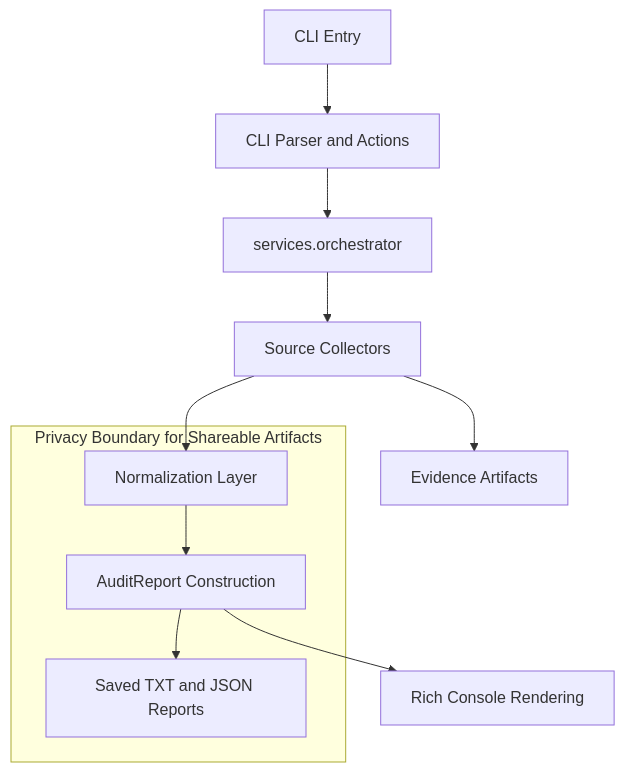
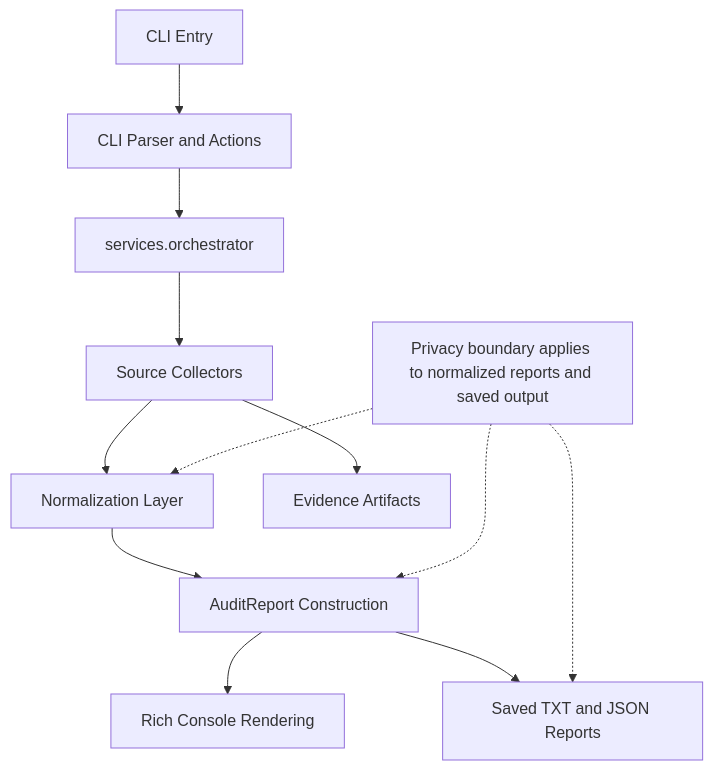
Before and after one commit to OdinFenrir/gaming-audit-cli: the diagram in docs/ARCHITECTURE.md, drawn with Mermaid. The commit also changed other lines of this file, not shown here.

Commit message:
Simplify architecture Mermaid diagram for GitHub rendering

````diff
--- a/docs/ARCHITECTURE.md
+++ b/docs/ARCHITECTURE.md
@@ -154,17 +154,16 @@
 ```mermaid
 flowchart TD
     CLI["CLI Entry"] --> Parser["CLI Parser and Actions"]
     Parser --> Orchestrator["services.orchestrator"]
     Orchestrator --> Sources["Source Collectors"]
     Sources --> Normalization["Normalization Layer"]
     Normalization --> Report["AuditReport Construction"]
     Report --> Console["Rich Console Rendering"]
     Report --> Saved["Saved TXT and JSON Reports"]
     Sources --> Evidence["Evidence Artifacts"]
 
-    subgraph Privacy["Privacy Boundary for Shareable Artifacts"]
-        Normalization
-        Report
-        Saved
-    end
+    PrivacyNote["Privacy boundary applies to normalized reports and saved output"]
+    PrivacyNote -.-> Normalization
+    PrivacyNote -.-> Report
+    PrivacyNote -.-> Saved
 ```
````
